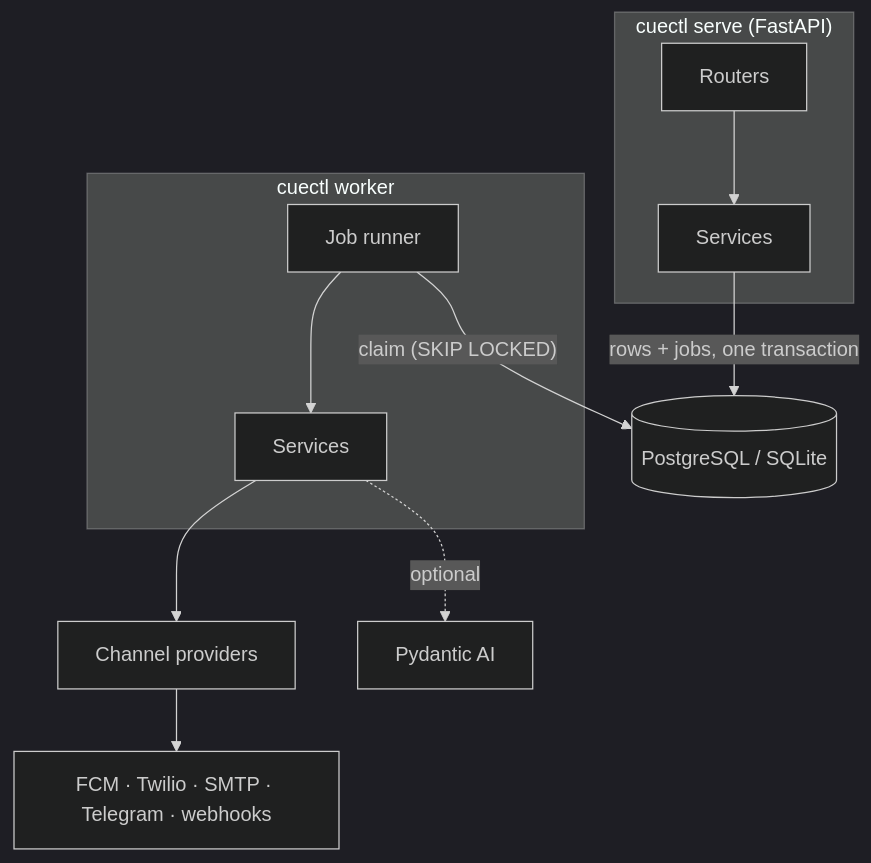
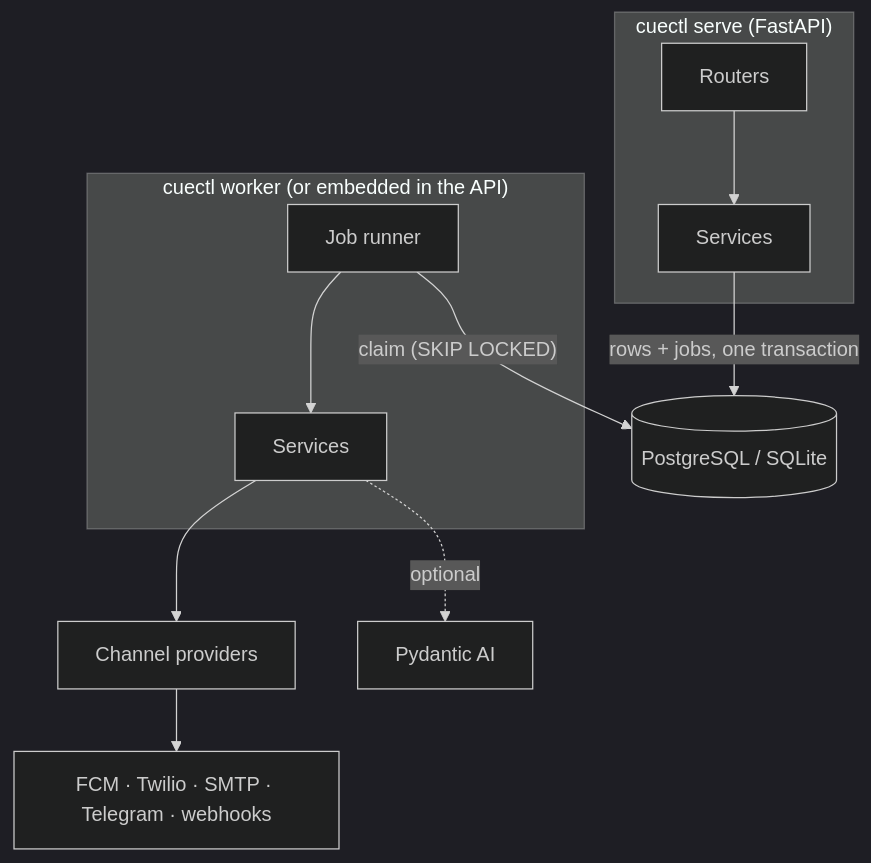
The first of 2 diagrams in docs/architecture.md (murtazox04/Cue), drawn with Mermaid (dark theme) before and after one commit. The commit also changed other lines of this file and 9 other files, not shown here.

````diff
--- a/docs/architecture.md
+++ b/docs/architecture.md
@@ -5,14 +5,14 @@
 ```mermaid
 flowchart TB
     subgraph API["cuectl serve (FastAPI)"]
         R[Routers] --> S[Services]
     end
-    subgraph W["cuectl worker"]
+    subgraph W["cuectl worker (or embedded in the API)"]
         Q[Job runner] --> S2[Services]
     end
     S -- "rows + jobs, one transaction" --> DB[(PostgreSQL / SQLite)]
     Q -- "claim (SKIP LOCKED)" --> DB
     S2 --> CH[Channel providers]
     S2 -.optional.-> AI[Pydantic AI]
     CH --> EXT[FCM · Twilio · SMTP · Telegram · webhooks]
 ```
````
